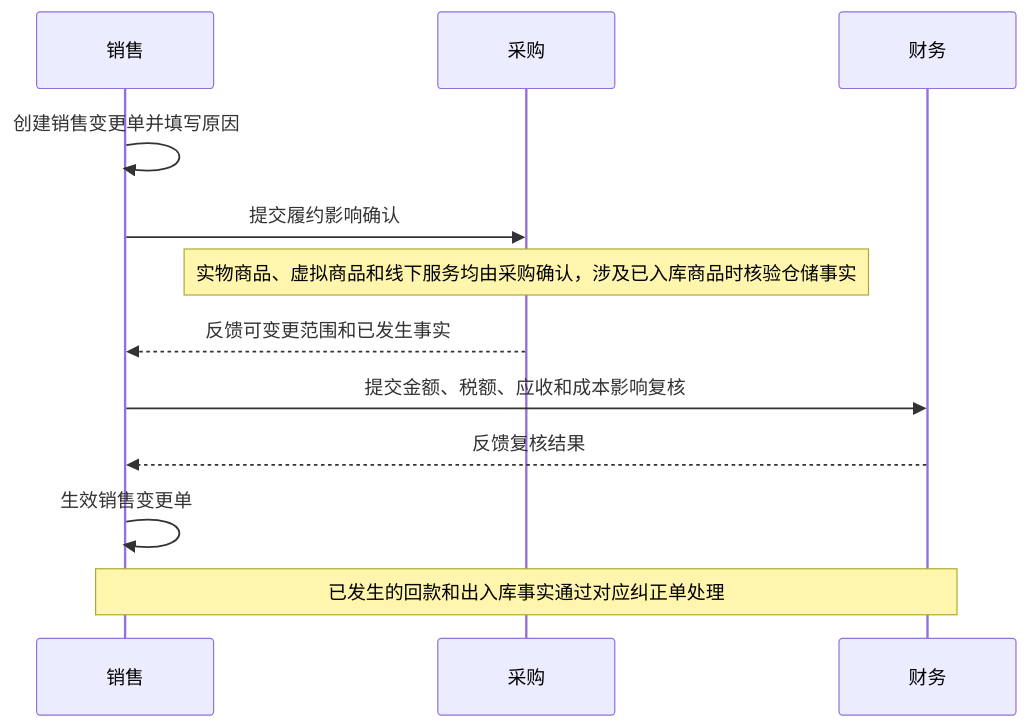
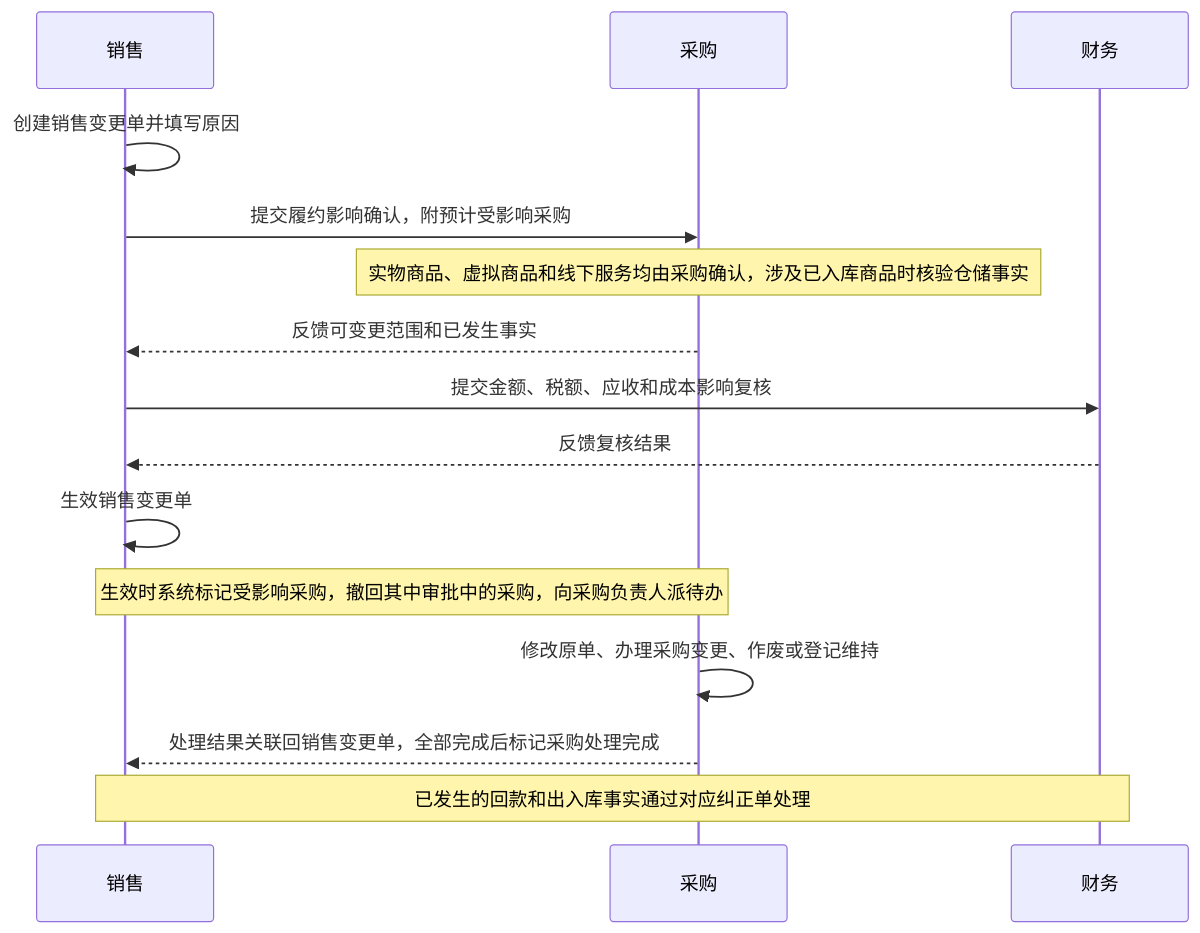
The second of 11 diagrams in docs/erp-phase-1.md (mztlive/erp), drawn with Mermaid before and after one commit. The commit also changed other lines of this file and 128 other files, not shown here.

````diff
--- a/docs/erp-phase-1.md
+++ b/docs/erp-phase-1.md
@@ -550,15 +571,18 @@
 ```mermaid
 sequenceDiagram
   participant 销售
   participant 采购
   participant 财务
 
   销售->>销售: 创建销售变更单并填写原因
-  销售->>采购: 提交履约影响确认
+  销售->>采购: 提交履约影响确认，附预计受影响采购
   Note over 采购: 实物商品、虚拟商品和线下服务均由采购确认，涉及已入库商品时核验仓储事实
   采购-->>销售: 反馈可变更范围和已发生事实
   销售->>财务: 提交金额、税额、应收和成本影响复核
   财务-->>销售: 反馈复核结果
   销售->>销售: 生效销售变更单
+  Note over 销售,采购: 生效时系统标记受影响采购，撤回其中审批中的采购，向采购负责人派待办
+  采购->>采购: 修改原单、办理采购变更、作废或登记维持
+  采购-->>销售: 处理结果关联回销售变更单，全部完成后标记采购处理完成
   Note over 销售,财务: 已发生的回款和出入库事实通过对应纠正单处理
 ```
````
